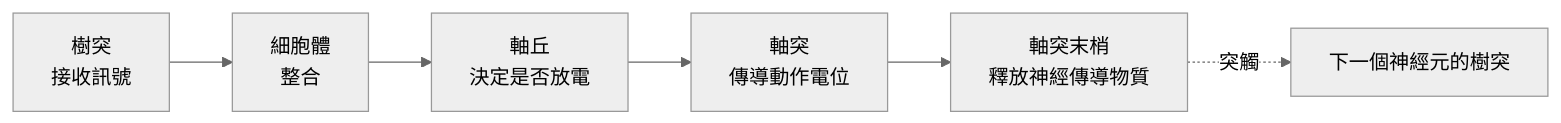
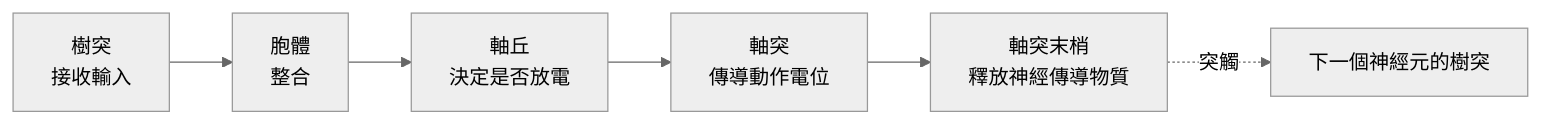
The diagram in docs/brain-mind/neuroscience/index.zh-TW.md (zi-yue-1129/ai-wiki), drawn with Mermaid (neutral theme) before and after one commit. The commit also changed other lines of this file and 1 other file, not shown here.

````diff
--- a/docs/brain-mind/neuroscience/index.zh-TW.md
+++ b/docs/brain-mind/neuroscience/index.zh-TW.md
@@ -19,8 +19,8 @@
 ```mermaid
 flowchart LR
-  D[樹突<br/>接收訊號] --> S[細胞體<br/>整合]
+  D[樹突<br/>接收輸入] --> S[胞體<br/>整合]
   S --> AH[軸丘<br/>決定是否放電]
   AH --> AX[軸突<br/>傳導動作電位]
   AX --> T[軸突末梢<br/>釋放神經傳導物質]
   T -.突觸.-> D2[下一個神經元的樹突]
 ```
````
